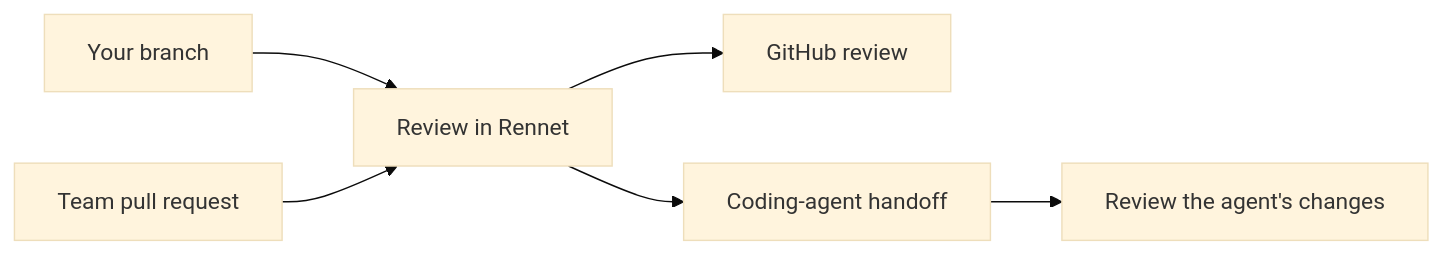
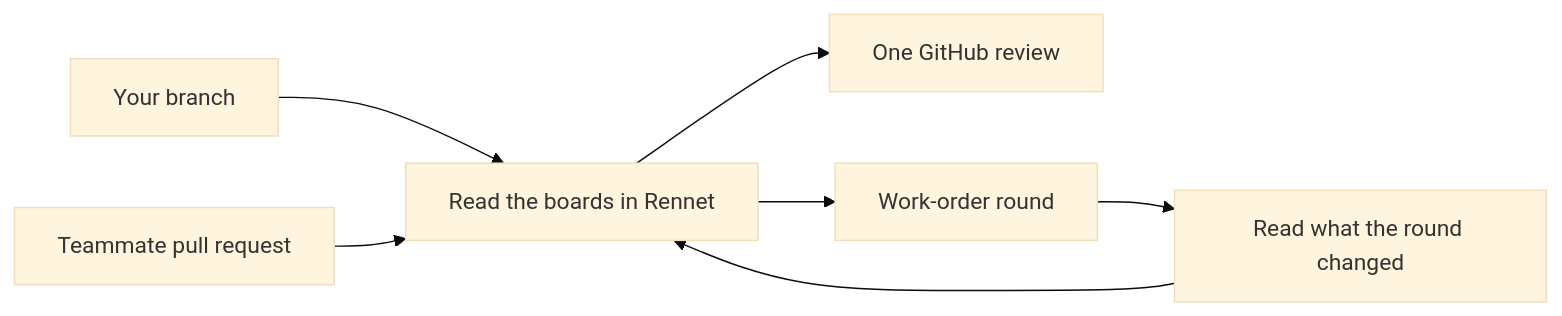
Before and after one commit to rbutera/Rennet: the diagram in docs/using/index.md, drawn with Mermaid (base theme). The commit also changed other lines of this file and 28 other files, not shown here.

````diff
--- a/docs/using/index.md
+++ b/docs/using/index.md
@@ -22,8 +23,9 @@
 ```mermaid
 flowchart LR
-  yours[Your branch] --> review[Review in Rennet]
-  team[Team pull request] --> review
-  review --> github[GitHub review]
-  review --> agent[Coding-agent handoff]
-  agent --> delta[Review the agent's changes]
+  yours[Your branch] --> review[Read the boards in Rennet]
+  team[Teammate pull request] --> review
+  review --> github[One GitHub review]
+  review --> round[Work-order round]
+  round --> delta[Read what the round changed]
+  delta --> review
 ```
````
